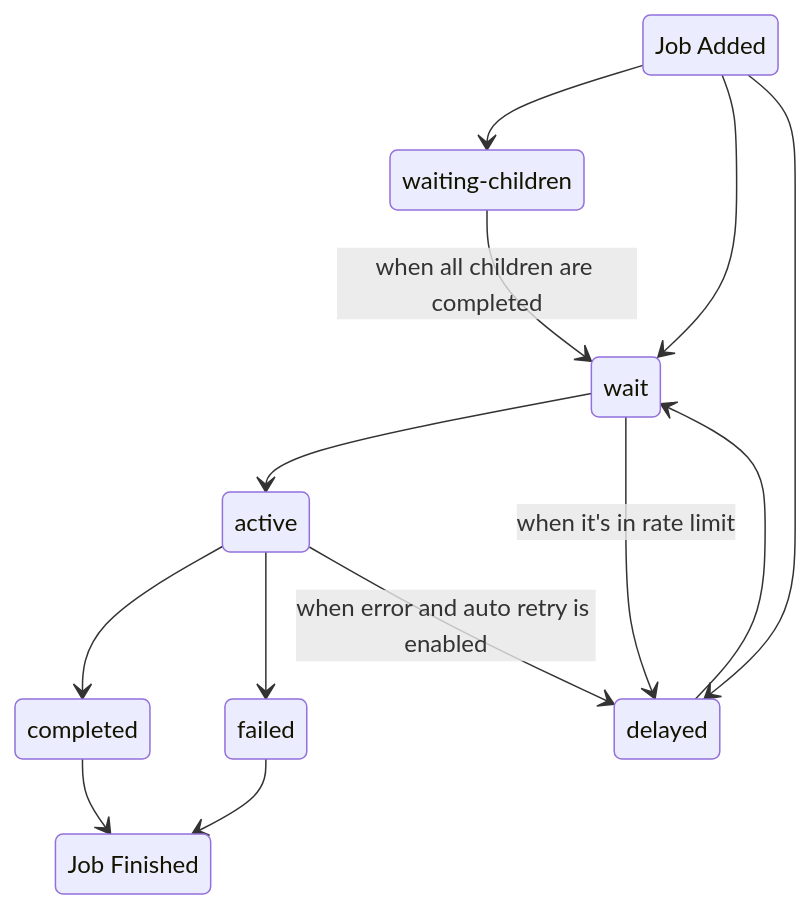
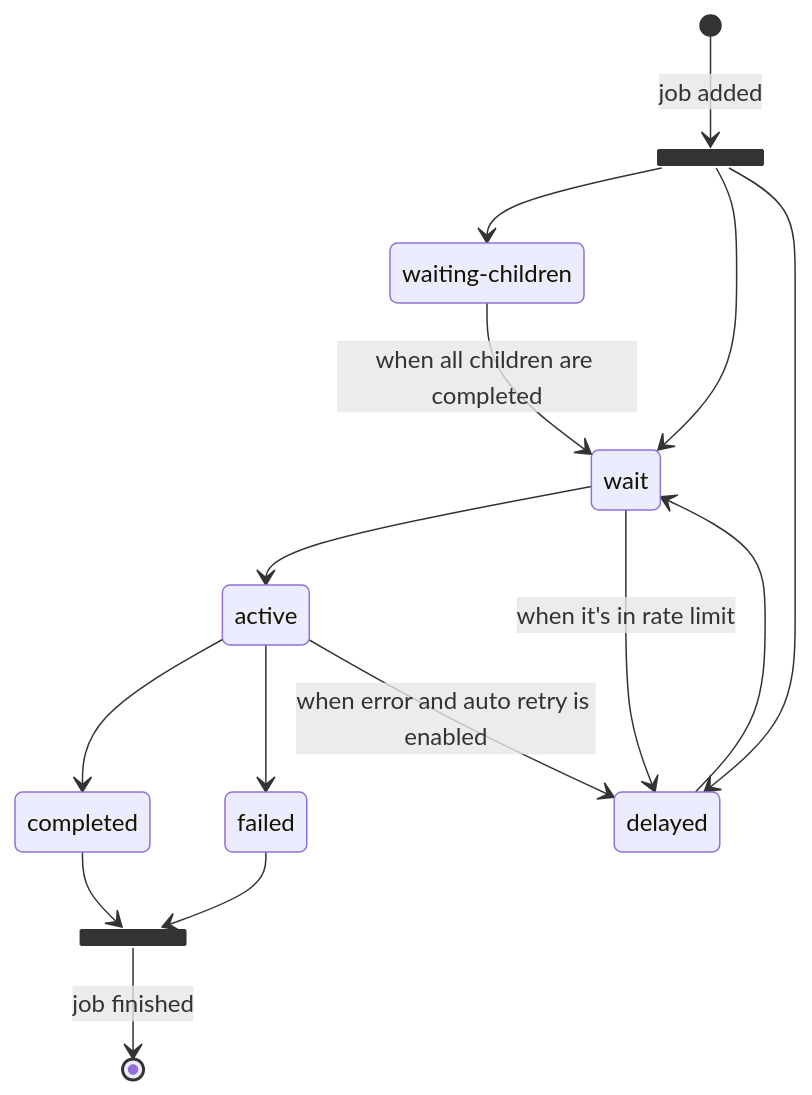
The diagram in docs/gitbook/guide/jobs/getters.md (taskforcesh/bullmq), drawn with Mermaid before and after one commit. The commit also changed 1 other file, not shown here.

Commit message:
docs(mermaid): use fork in diagrams

````diff
--- a/docs/gitbook/guide/jobs/getters.md
+++ b/docs/gitbook/guide/jobs/getters.md
@@ -5,18 +5,20 @@
 ```mermaid
 stateDiagram-v2
-state "Job Added" as ja
-state "Job Finished" as jf
 state "waiting-children" as wc
+state ja <<fork>>
+state jf <<fork>>
+    [*] --> ja : job added
     ja --> wc
     ja --> wait
     ja --> delayed
     wc --> wait : when all children are completed
     wait --> active
     wait --> delayed : when it's in rate limit
     delayed --> wait
     active --> completed
     active --> failed
     completed --> jf
     failed --> jf
     active --> delayed : when error and auto retry is enabled
+    jf --> [*] : job finished
 ```
````
